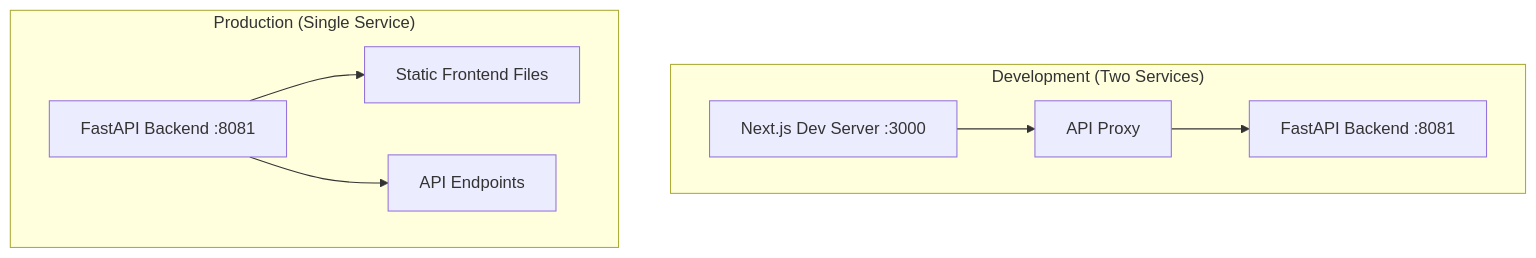
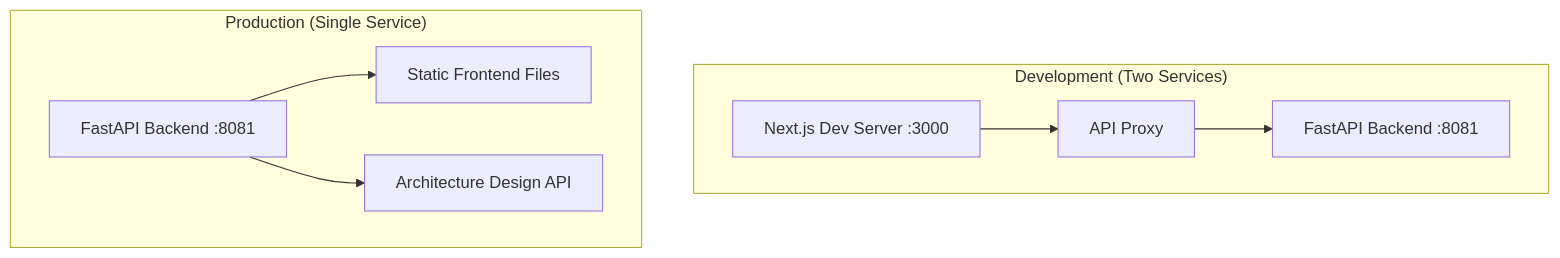
Before and after one commit to justmeloic/flowgen: the second of 4 diagrams in README.md, drawn with Mermaid. The commit also changed other lines of this file and 10 other files, not shown here.

First line of the commit message:
feat: transform to Architecture Designer

````diff
--- a/README.md
+++ b/README.md
@@ -125,12 +165,12 @@
 ```mermaid
 graph TD
   subgraph "Development (Two Services)"
     A1[Next.js Dev Server :3000] --> A2[API Proxy]
     A2 --> A3[FastAPI Backend :8081]
   end
 
   subgraph "Production (Single Service)"
     B1[FastAPI Backend :8081] --> B2[Static Frontend Files]
-    B1 --> B3[API Endpoints]
+    B1 --> B3[Architecture Design API]
   end
 ```
````
